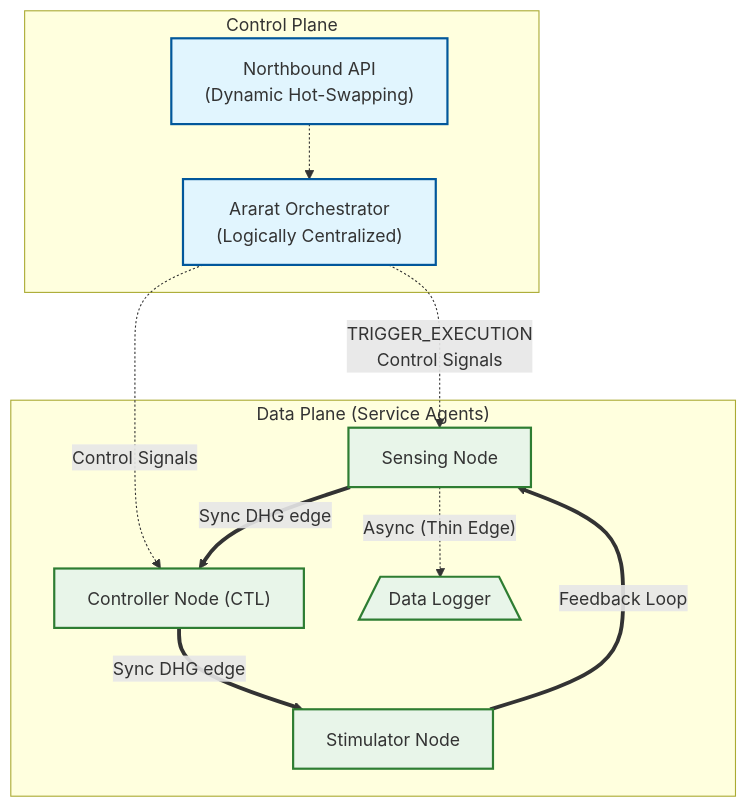
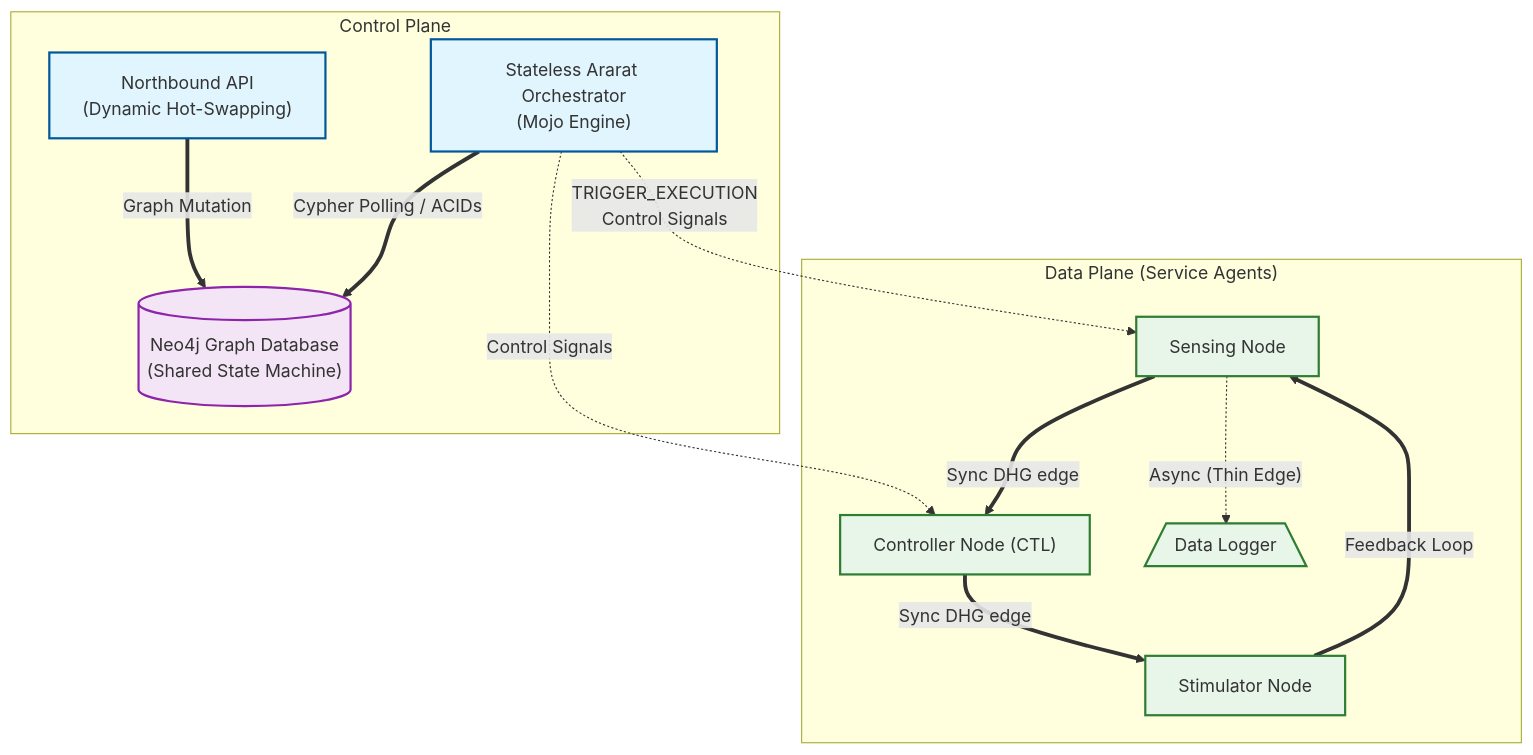
The diagram in README.md (KathiraveluLab/Ararat), drawn with Mermaid before and after one commit. The commit also changed other lines of this file and 1 other file, not shown here.

````diff
--- a/README.md
+++ b/README.md
@@ -12,29 +12,34 @@
 ```mermaid
 graph TD
     classDef control fill:#e1f5fe,stroke:#01579b,stroke-width:2px;
     classDef data fill:#e8f5e9,stroke:#2e7d32,stroke-width:2px;
+    classDef database fill:#f3e5f5,stroke:#8e24aa,stroke-width:2px;
     
     subgraph Control_Plane ["Control Plane"]
         API["Northbound API<br>(Dynamic Hot-Swapping)"]
-        Orchestrator["Ararat Orchestrator<br>(Logically Centralized)"]
-        API -.-> Orchestrator
+        Orchestrator["Stateless Ararat Orchestrator<br>(Mojo Engine)"]
+        DB[("Neo4j Graph Database<br>(Shared State Machine)")]
+        
+        API == "Graph Mutation" ==> DB
+        Orchestrator == "Cypher Polling / ACIDs" ==> DB
     end
 
     subgraph Data_Plane ["Data Plane (Service Agents)"]
         Sensing["Sensing Node"]
         Controller["Controller Node (CTL)"]
         Stimulator["Stimulator Node"]
         Logger[/"Data Logger"\]
     end
 
     Orchestrator -.->|"TRIGGER_EXECUTION"<br>Control Signals| Sensing
     Orchestrator -.->|Control Signals| Controller
     
     Sensing == "Sync DHG edge" ==> Controller
     Sensing -. "Async (Thin Edge)" .-> Logger
     Controller == "Sync DHG edge" ==> Stimulator
     Stimulator == "Feedback Loop" ==> Sensing
 
     class API,Orchestrator control;
     class Sensing,Controller,Stimulator,Logger data;
+    class DB database;
 ```
````
